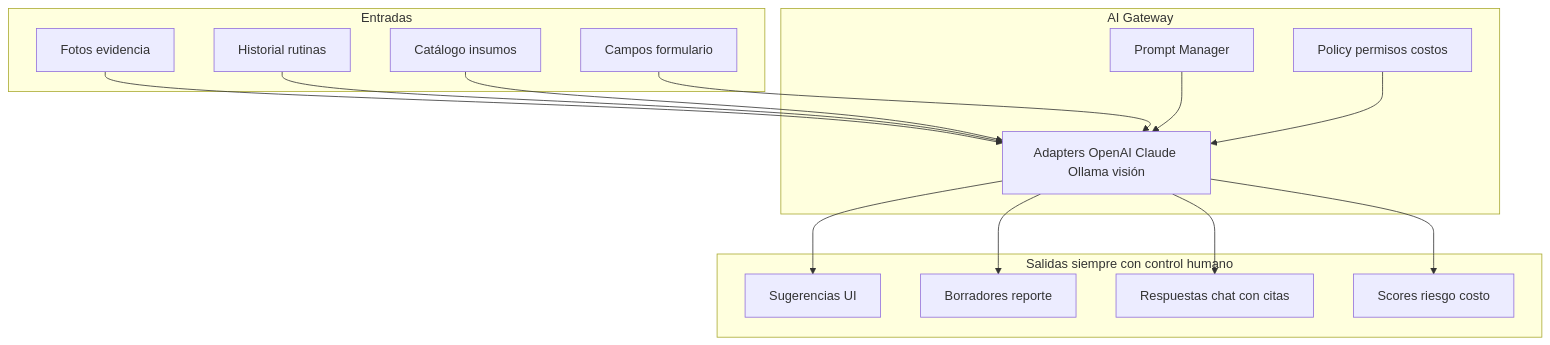
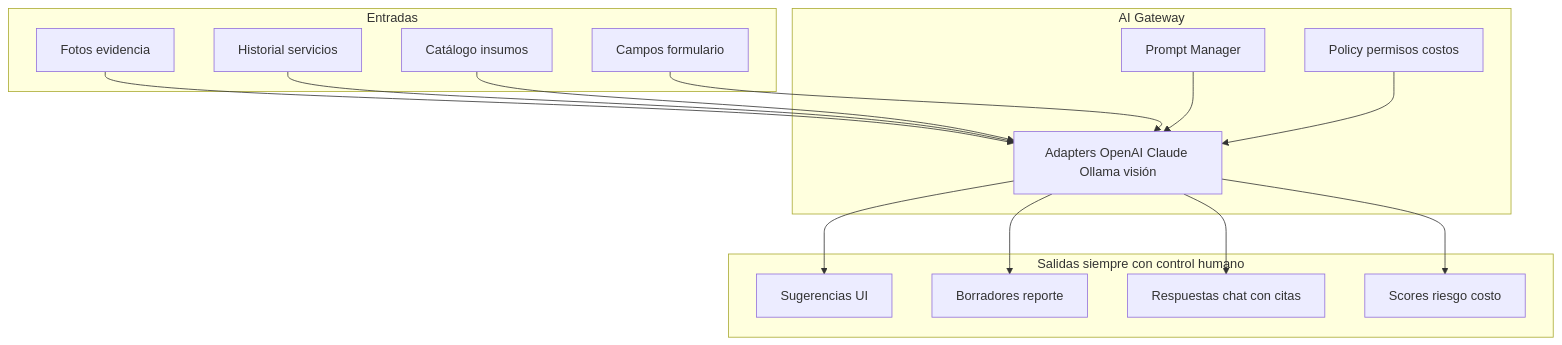
One commit to Adrian247/noah changed the second of 2 diagrams in openspec/diagrams/future-ai-vision.md. Above: the diagram before and after it, drawn with Mermaid. The commit also changed 279 other files, not shown here.

````diff
--- a/openspec/diagrams/future-ai-vision.md
+++ b/openspec/diagrams/future-ai-vision.md
@@ -21,33 +21,33 @@
 ```mermaid
 flowchart TB
   subgraph inputs [Entradas]
     IMG[Fotos evidencia]
-    HIST[Historial rutinas]
+    HIST[Historial servicios]
     CAT[Catálogo insumos]
     FORM[Campos formulario]
   end
 
   subgraph gateway [AI Gateway]
     PM[Prompt Manager]
     PV[Policy permisos costos]
     AD[Adapters OpenAI Claude Ollama visión]
   end
 
   subgraph outputs [Salidas siempre con control humano]
     SUG[Sugerencias UI]
     DRAFT[Borradores reporte]
     ANS[Respuestas chat con citas]
     SCORE[Scores riesgo costo]
   end
 
   IMG --> AD
   HIST --> AD
   CAT --> AD
   FORM --> AD
   PM --> AD
   PV --> AD
   AD --> SUG
   AD --> DRAFT
   AD --> ANS
   AD --> SCORE
 ```
````
